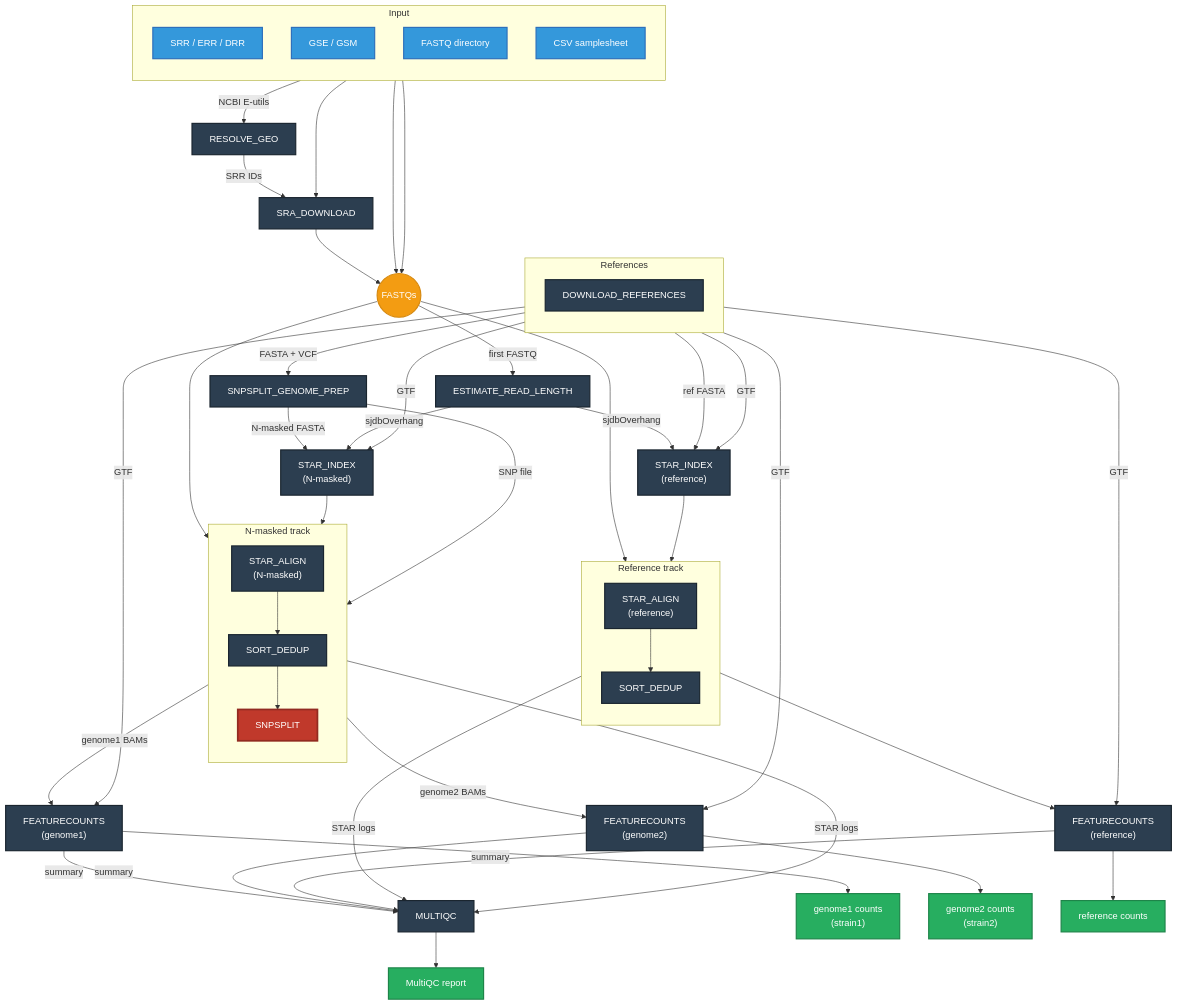
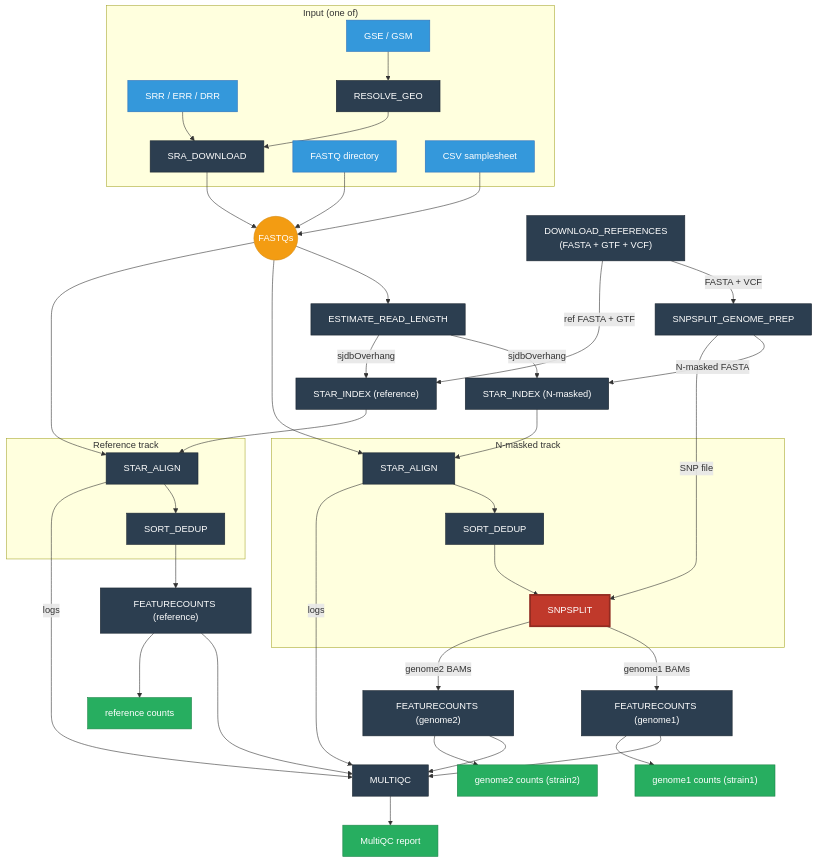
The diagram in README.md (IPNP-BIPN/SPLIT), drawn with Mermaid before and after one commit.

Commit message:
fig: cleaner Mermaid layout with parallel tracks and fewer cross-links

````diff
--- a/README.md
+++ b/README.md
@@ -15,87 +15,63 @@
 ```mermaid
 flowchart TD
-    subgraph INPUT ["Input"]
-        direction TB
-        SRA["SRR / ERR / DRR"]
-        GEO["GSE / GSM"]
+    subgraph INPUT ["Input (one of)"]
+        SRA["SRR / ERR / DRR"] --> SRA_DL["SRA_DOWNLOAD"]
+        GEO["GSE / GSM"] --> RESOLVE["RESOLVE_GEO"] --> SRA_DL
         FQ_DIR["FASTQ directory"]
         CSV["CSV samplesheet"]
     end
 
-    GEO -->|"NCBI E-utils"| RESOLVE_GEO["RESOLVE_GEO"]
-    SRA --> SRA_DOWNLOAD["SRA_DOWNLOAD"]
-    RESOLVE_GEO -->|"SRR IDs"| SRA_DOWNLOAD
-    FQ_DIR --> FASTQS(("FASTQs"))
+    SRA_DL --> FASTQS(("FASTQs"))
+    FQ_DIR --> FASTQS
     CSV --> FASTQS
-    SRA_DOWNLOAD --> FASTQS
 
-    subgraph REFS ["References"]
-        direction TB
-        DOWNLOAD["DOWNLOAD_REFERENCES"]
+    DOWNLOAD["DOWNLOAD_REFERENCES\n(FASTA + GTF + VCF)"] -->|"FASTA + VCF"| GPREP["SNPSPLIT_GENOME_PREP"]
+
+    FASTQS --> READLEN["ESTIMATE_READ_LENGTH"]
+
+    GPREP -->|"N-masked FASTA"| IDX1["STAR_INDEX (N-masked)"]
+    DOWNLOAD -->|"ref FASTA + GTF"| IDX2["STAR_INDEX (reference)"]
+    READLEN -->|"sjdbOverhang"| IDX1
+    READLEN -->|"sjdbOverhang"| IDX2
+
+    FASTQS --> A1 & A2
+
+    subgraph TRACK1 ["N-masked track"]
+        A1["STAR_ALIGN"] --> S1["SORT_DEDUP"] --> SNP["SNPSPLIT"]
     end
 
-    DOWNLOAD -->|"FASTA + VCF"| SNPSPLIT_PREP["SNPSPLIT_GENOME_PREP"]
-
-    FASTQS -->|"first FASTQ"| READ_LEN["ESTIMATE_READ_LENGTH"]
-
-    SNPSPLIT_PREP -->|"N-masked FASTA"| IDX_NMASK["STAR_INDEX\n(N-masked)"]
-    DOWNLOAD -->|"ref FASTA"| IDX_REF["STAR_INDEX\n(reference)"]
-    DOWNLOAD -->|"GTF"| IDX_NMASK
-    DOWNLOAD -->|"GTF"| IDX_REF
-    READ_LEN -->|"sjdbOverhang"| IDX_NMASK
-    READ_LEN -->|"sjdbOverhang"| IDX_REF
-
-    subgraph NMASK_TRACK ["N-masked track"]
-        direction TB
-        ALIGN_NM["STAR_ALIGN\n(N-masked)"]
-        SORT_NM["SORT_DEDUP"]
-        SPLIT_ALLELE["SNPSPLIT"]
+    subgraph TRACK2 ["Reference track"]
+        A2["STAR_ALIGN"] --> S2["SORT_DEDUP"]
     end
 
-    FASTQS --> ALIGN_NM
-    IDX_NMASK --> ALIGN_NM
-    ALIGN_NM --> SORT_NM
-    SORT_NM --> SPLIT_ALLELE
-    SNPSPLIT_PREP -->|"SNP file"| SPLIT_ALLELE
+    IDX1 --> A1
+    IDX2 --> A2
+    GPREP -->|"SNP file"| SNP
 
-    subgraph REF_TRACK ["Reference track"]
-        direction TB
-        ALIGN_REF["STAR_ALIGN\n(reference)"]
-        SORT_REF["SORT_DEDUP"]
-    end
+    SNP -->|"genome1 BAMs"| FC1["FEATURECOUNTS (genome1)"]
+    SNP -->|"genome2 BAMs"| FC2["FEATURECOUNTS (genome2)"]
+    S2 --> FC3["FEATURECOUNTS (reference)"]
 
-    FASTQS --> ALIGN_REF
-    IDX_REF --> ALIGN_REF
-    ALIGN_REF --> SORT_REF
+    FC1 --> MQC["MULTIQC"]
+    FC2 --> MQC
+    FC3 --> MQC
+    A1 -->|"logs"| MQC
+    A2 -->|"logs"| MQC
 
-    SPLIT_ALLELE -->|"genome1 BAMs"| FC_G1["FEATURECOUNTS\n(genome1)"]
-    SPLIT_ALLELE -->|"genome2 BAMs"| FC_G2["FEATURECOUNTS\n(genome2)"]
-    SORT_REF --> FC_REF["FEATURECOUNTS\n(reference)"]
+    FC1 --> O1["genome1 counts (strain1)"]
+    FC2 --> O2["genome2 counts (strain2)"]
+    FC3 --> O3["reference counts"]
+    MQC --> O4["MultiQC report"]
 
-    DOWNLOAD -->|"GTF"| FC_G1
-    DOWNLOAD -->|"GTF"| FC_G2
-    DOWNLOAD -->|"GTF"| FC_REF
+    classDef input fill:#3498db,stroke:#2c6fbb,color:#fff
+    classDef process fill:#2c3e50,stroke:#1a252f,color:#fff
+    classDef key fill:#c0392b,stroke:#922b21,color:#fff,stroke-width:3px
+    classDef output fill:#27ae60,stroke:#1e8449,color:#fff
+    classDef data fill:#f39c12,stroke:#d68910,color:#fff
 
-    ALIGN_NM -->|"STAR logs"| MULTIQC["MULTIQC"]
-    ALIGN_REF -->|"STAR logs"| MULTIQC
-    FC_G1 -->|"summary"| MULTIQC
-    FC_G2 -->|"summary"| MULTIQC
-    FC_REF -->|"summary"| MULTIQC
-
-    FC_G1 --> OUT_G1["genome1 counts\n(strain1)"]
-    FC_G2 --> OUT_G2["genome2 counts\n(strain2)"]
-    FC_REF --> OUT_REF["reference counts"]
-    MULTIQC --> OUT_QC["MultiQC report"]
-
-    classDef inputStyle fill:#3498db,stroke:#2c6fbb,color:#fff,stroke-width:2px
-    classDef processStyle fill:#2c3e50,stroke:#1a252f,color:#fff,stroke-width:2px
-    classDef keyProcess fill:#c0392b,stroke:#922b21,color:#fff,stroke-width:3px
-    classDef outputStyle fill:#27ae60,stroke:#1e8449,color:#fff,stroke-width:2px
-    classDef dataNode fill:#f39c12,stroke:#d68910,color:#fff,stroke-width:2px
-
-    class SRA,GEO,FQ_DIR,CSV inputStyle
-    class RESOLVE_GEO,SRA_DOWNLOAD,DOWNLOAD,SNPSPLIT_PREP,IDX_NMASK,IDX_REF,READ_LEN,ALIGN_NM,SORT_NM,ALIGN_REF,SORT_REF,FC_G1,FC_G2,FC_REF,MULTIQC processStyle
-    class SPLIT_ALLELE keyProcess
-    class OUT_G1,OUT_G2,OUT_REF,OUT_QC outputStyle
-    class FASTQS dataNode
+    class SRA,GEO,FQ_DIR,CSV input
+    class SRA_DL,RESOLVE,DOWNLOAD,GPREP,IDX1,IDX2,READLEN,A1,S1,A2,S2,FC1,FC2,FC3,MQC process
+    class SNP key
+    class O1,O2,O3,O4 output
+    class FASTQS data
 ```
````
